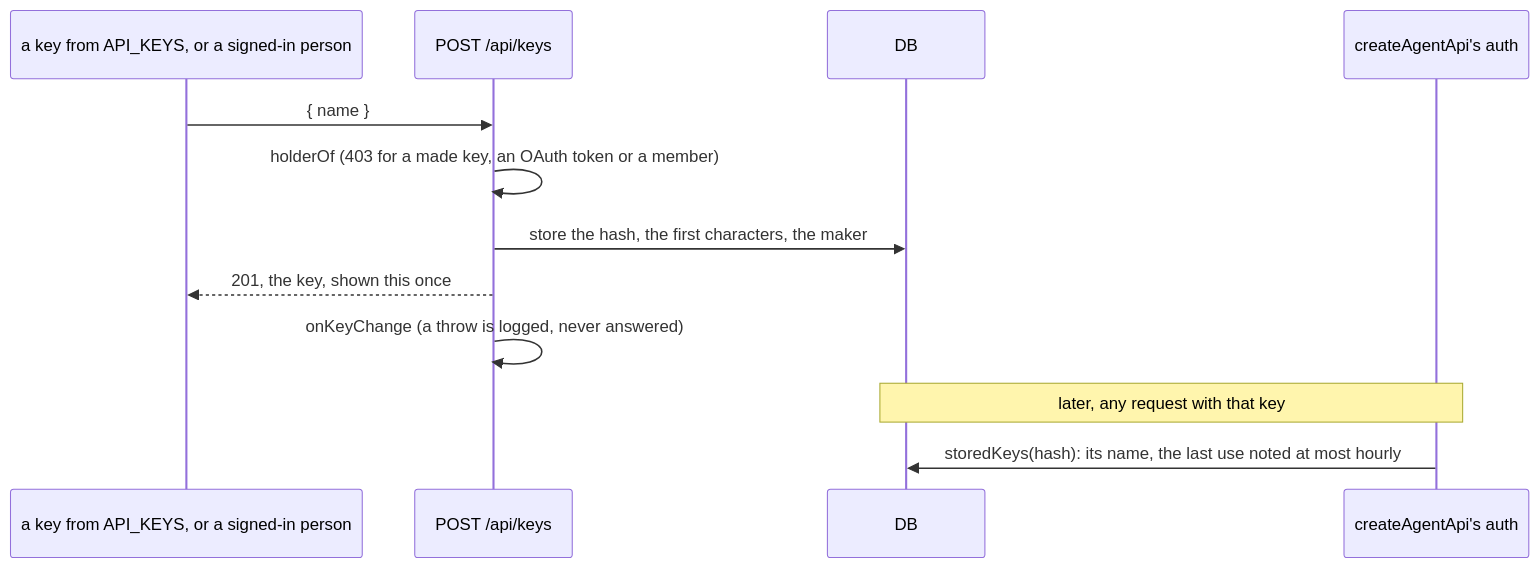
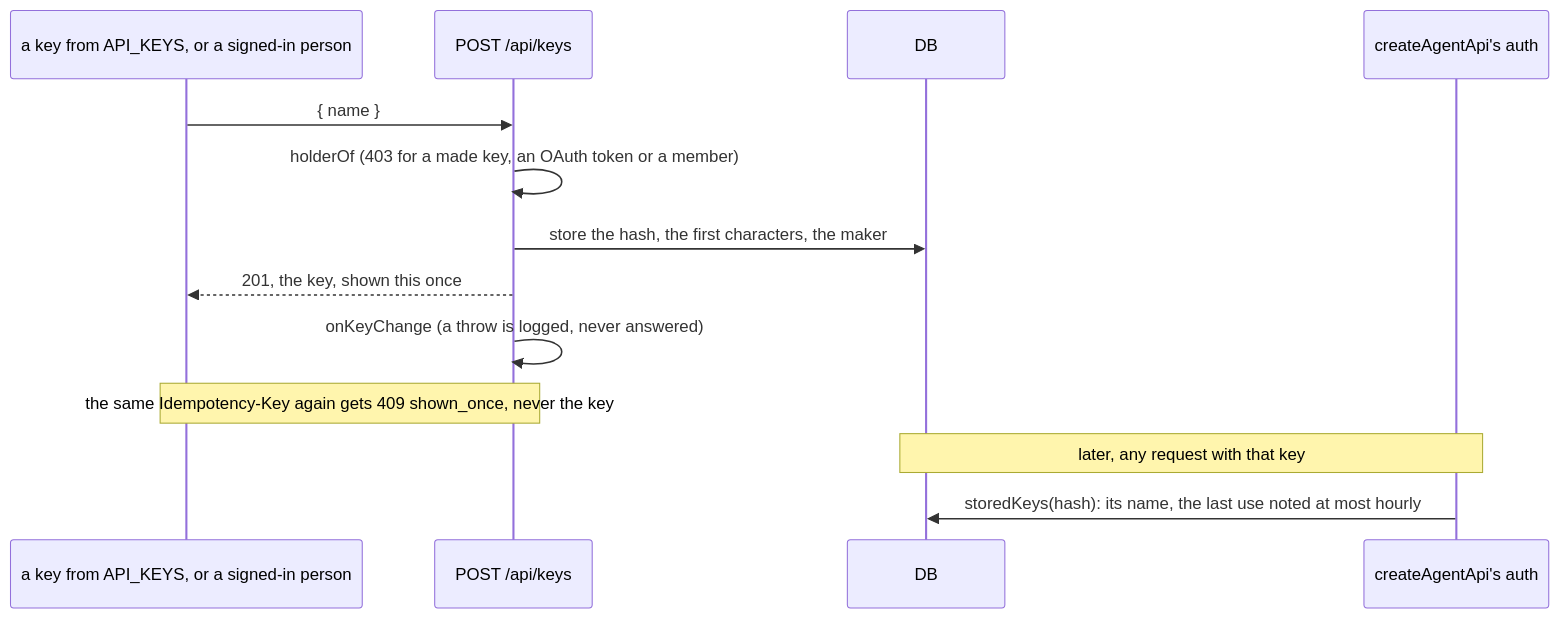
The diagram in src/keys/README.md (escalay/api-kit), drawn with Mermaid before and after one commit. The commit also changed other lines of this file and 28 other files, not shown here.

````diff
--- a/src/keys/README.md
+++ b/src/keys/README.md
@@ -60,14 +60,15 @@
 ```mermaid
 sequenceDiagram
   participant Holder as a key from API_KEYS, or a signed-in person
   participant Keys as POST /api/keys
   participant DB
   participant Auth as createAgentApi's auth
   Holder->>Keys: { name }
   Keys->>Keys: holderOf (403 for a made key, an OAuth token or a member)
   Keys->>DB: store the hash, the first characters, the maker
   Keys-->>Holder: 201, the key, shown this once
   Keys->>Keys: onKeyChange (a throw is logged, never answered)
+  Note over Holder,Keys: the same Idempotency-Key again gets 409 shown_once, never the key
   Note over Auth,DB: later, any request with that key
   Auth->>DB: storedKeys(hash): its name, the last use noted at most hourly
 ```
````
